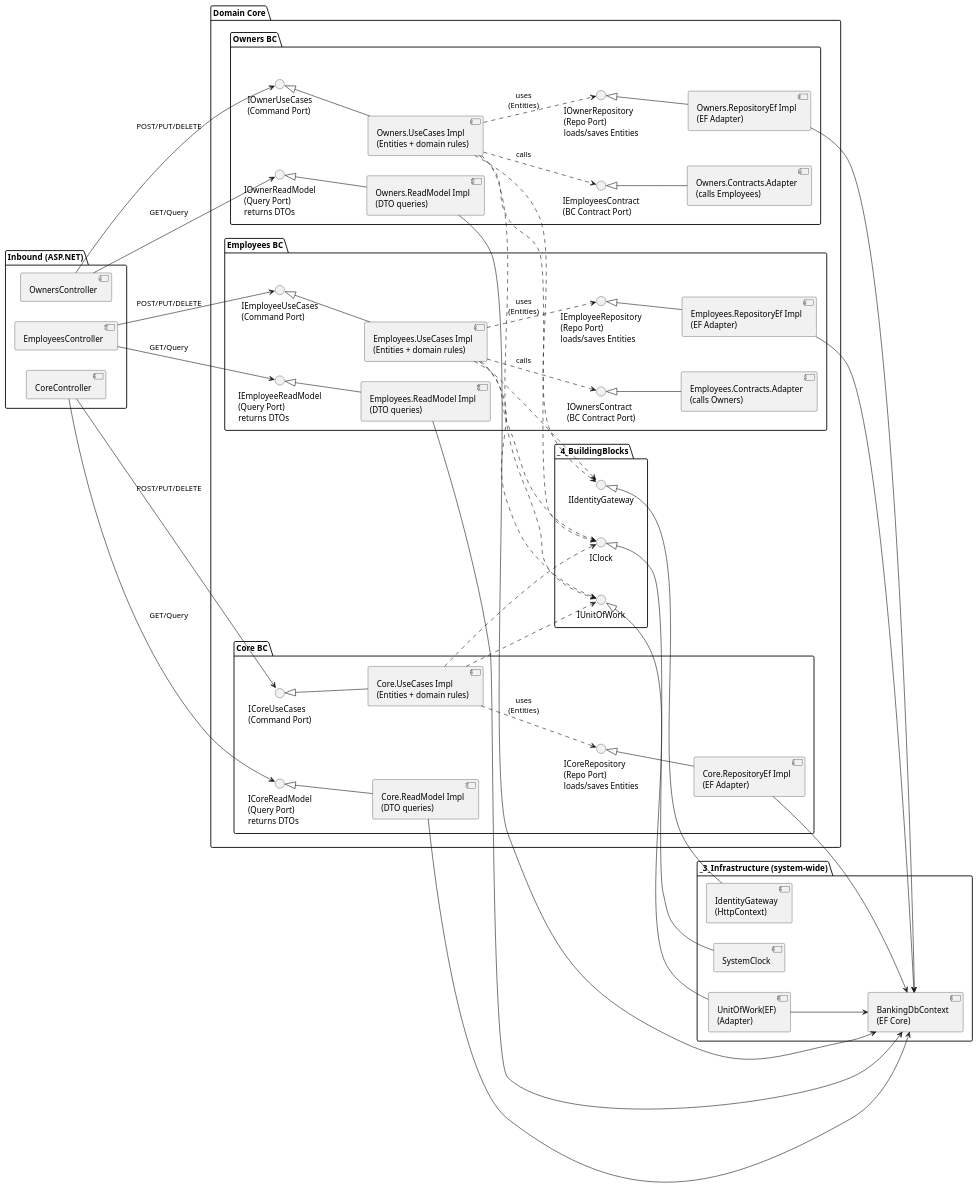
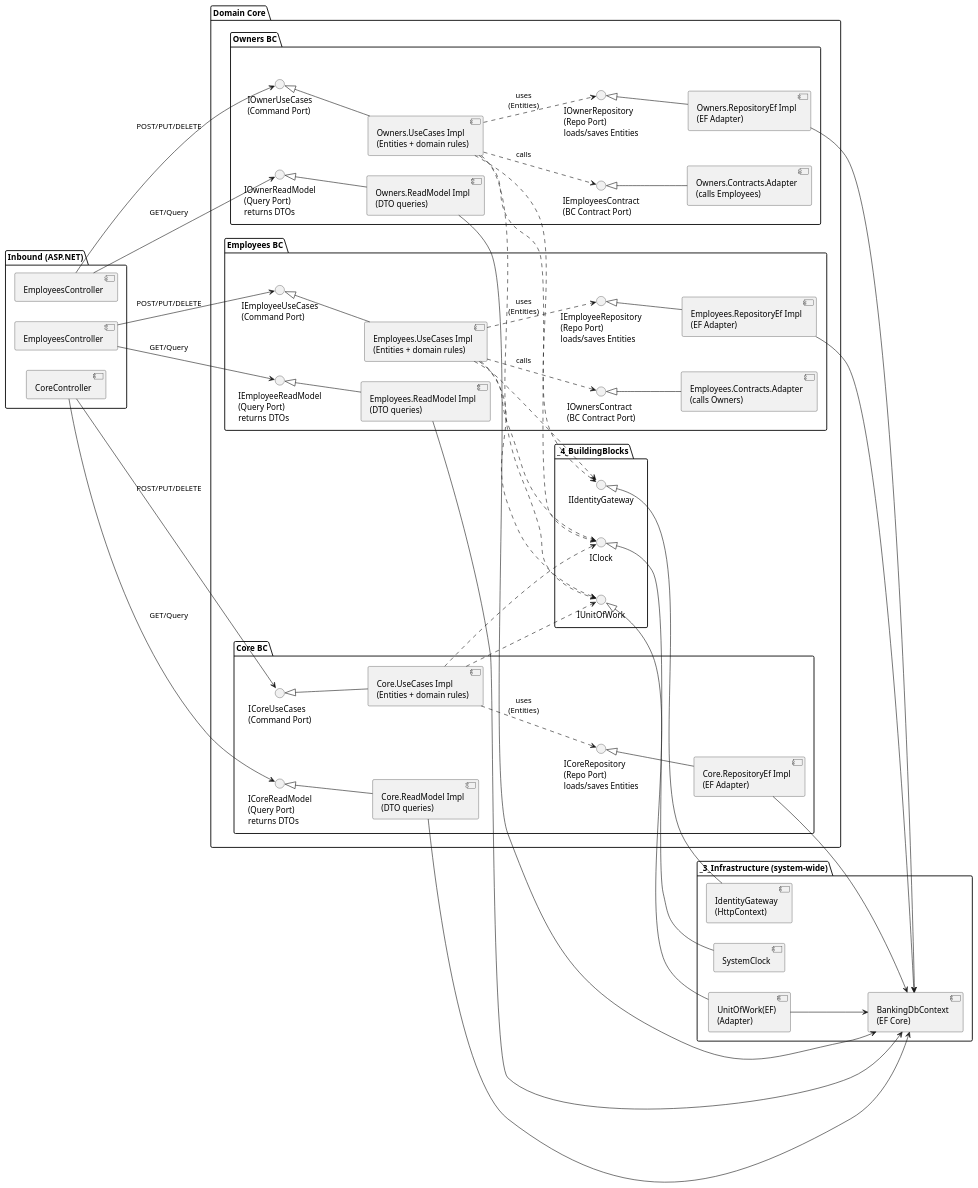
One commit to berndRog/Banking26DDD changed the diagram in BankingApi/1UML/Components/Overview.puml. Above: the diagram before and after it, drawn with PlantUML. The commit also changed 142 other files, not shown here.

```diff
--- a/BankingApi/1UML/Components/Overview.puml
+++ b/BankingApi/1UML/Components/Overview.puml
@@ -1,129 +1,129 @@
 @startuml
 skinparam componentStyle uml2
 left to right direction
 
 package "Inbound (ASP.NET)" {
-  component "OwnersController" as OwnersCtrl
+  component "EmployeesController" as OwnersCtrl
   component "EmployeesController" as EmpCtrl
   component "CoreController" as CoreCtrl
 }
 
 package "Domain Core" {
 
   package "Owners BC" {
     ' Query Port (DTOs)
     interface "IOwnerReadModel\n(Query Port)\nreturns DTOs" as IOwnerRM
 
     ' Command Port (UseCases)
     interface "IOwnerUseCases\n(Command Port)" as IOwnerUC
 
     ' Repository Port (Entities/Aggregates)
     interface "IOwnerRepository\n(Repo Port)\nloads/saves Entities" as IOwnerRepo
 
     ' BC communication
     interface "IEmployeesContract\n(BC Contract Port)" as IEmployeesContract
 
     component "Owners.ReadModel Impl\n(DTO queries)" as OwnersRMImpl
     component "Owners.UseCases Impl\n(Entities + domain rules)" as OwnersUCImpl
     component "Owners.RepositoryEf Impl\n(EF Adapter)" as OwnersRepoImpl
     component "Owners.Contracts.Adapter\n(calls Employees)" as OwnersContractAdapter
 
     OwnersRMImpl -up-|> IOwnerRM
     OwnersUCImpl -up-|> IOwnerUC
     OwnersRepoImpl -up-|> IOwnerRepo
     OwnersContractAdapter -up-|> IEmployeesContract
 
     ' Dependencies inside BC
     OwnersUCImpl ..> IOwnerRepo : uses\n(Entities)
     OwnersUCImpl ..> IEmployeesContract : calls
   }
 
   package "Employees BC" {
     interface "IEmployeeReadModel\n(Query Port)\nreturns DTOs" as IEmpRM
     interface "IEmployeeUseCases\n(Command Port)" as IEmpUC
     interface "IEmployeeRepository\n(Repo Port)\nloads/saves Entities" as IEmpRepo
     interface "IOwnersContract\n(BC Contract Port)" as IOwnersContract
 
     component "Employees.ReadModel Impl\n(DTO queries)" as EmpRMImpl
     component "Employees.UseCases Impl\n(Entities + domain rules)" as EmpUCImpl
     component "Employees.RepositoryEf Impl\n(EF Adapter)" as EmpRepoImpl
     component "Employees.Contracts.Adapter\n(calls Owners)" as EmpContractAdapter
 
     EmpRMImpl -up-|> IEmpRM
     EmpUCImpl -up-|> IEmpUC
     EmpRepoImpl -up-|> IEmpRepo
     EmpContractAdapter -up-|> IOwnersContract
 
     EmpUCImpl ..> IEmpRepo : uses\n(Entities)
     EmpUCImpl ..> IOwnersContract : calls
   }
 
   package "Core BC" {
     interface "ICoreReadModel\n(Query Port)\nreturns DTOs" as ICoreRM
     interface "ICoreUseCases\n(Command Port)" as ICoreUC
     interface "ICoreRepository\n(Repo Port)\nloads/saves Entities" as ICoreRepo
 
     component "Core.ReadModel Impl\n(DTO queries)" as CoreRMImpl
     component "Core.UseCases Impl\n(Entities + domain rules)" as CoreUCImpl
     component "Core.RepositoryEf Impl\n(EF Adapter)" as CoreRepoImpl
 
     CoreRMImpl -up-|> ICoreRM
     CoreUCImpl -up-|> ICoreUC
     CoreRepoImpl -up-|> ICoreRepo
 
     CoreUCImpl ..> ICoreRepo : uses\n(Entities)
   }
 
   package "_4_BuildingBlocks" {
     interface "IUnitOfWork" as IUnitOfWork
     interface "IIdentityGateway" as IIdentityGateway
     interface "IClock" as IClock
   }
 
 }
 
 package "_3_Infrastructure (system-wide)" {
   component "BankingDbContext\n(EF Core)" as Db
   component "UnitOfWork(EF)\n(Adapter)" as Uow
   component "IdentityGateway\n(HttpContext)" as Identity
   component "SystemClock" as Clock
 }
 
 ' Controllers: Query -> ReadModel, Command -> UseCases
 OwnersCtrl --> IOwnerRM : GET/Query
 OwnersCtrl --> IOwnerUC : POST/PUT/DELETE
 
 EmpCtrl --> IEmpRM : GET/Query
 EmpCtrl --> IEmpUC : POST/PUT/DELETE
 
 CoreCtrl --> ICoreRM : GET/Query
 CoreCtrl --> ICoreUC : POST/PUT/DELETE
 
 ' UseCases use cross-cutting ports
 OwnersUCImpl ..> IUnitOfWork
 OwnersUCImpl ..> IIdentityGateway
 OwnersUCImpl ..> IClock
 
 EmpUCImpl ..> IUnitOfWork
 EmpUCImpl ..> IIdentityGateway
 EmpUCImpl ..> IClock
 
 CoreUCImpl ..> IUnitOfWork
 CoreUCImpl ..> IClock
 
 Uow -up-|> IUnitOfWork
 Identity -up-|> IIdentityGateway
 Clock -up-|> IClock
 
 ' EF adapters / readmodels use DbContext
 OwnersRepoImpl --> Db
 EmpRepoImpl --> Db
 CoreRepoImpl --> Db
 
 OwnersRMImpl --> Db
 EmpRMImpl --> Db
 CoreRMImpl --> Db
 
 Uow --> Db
 
 @enduml
```
